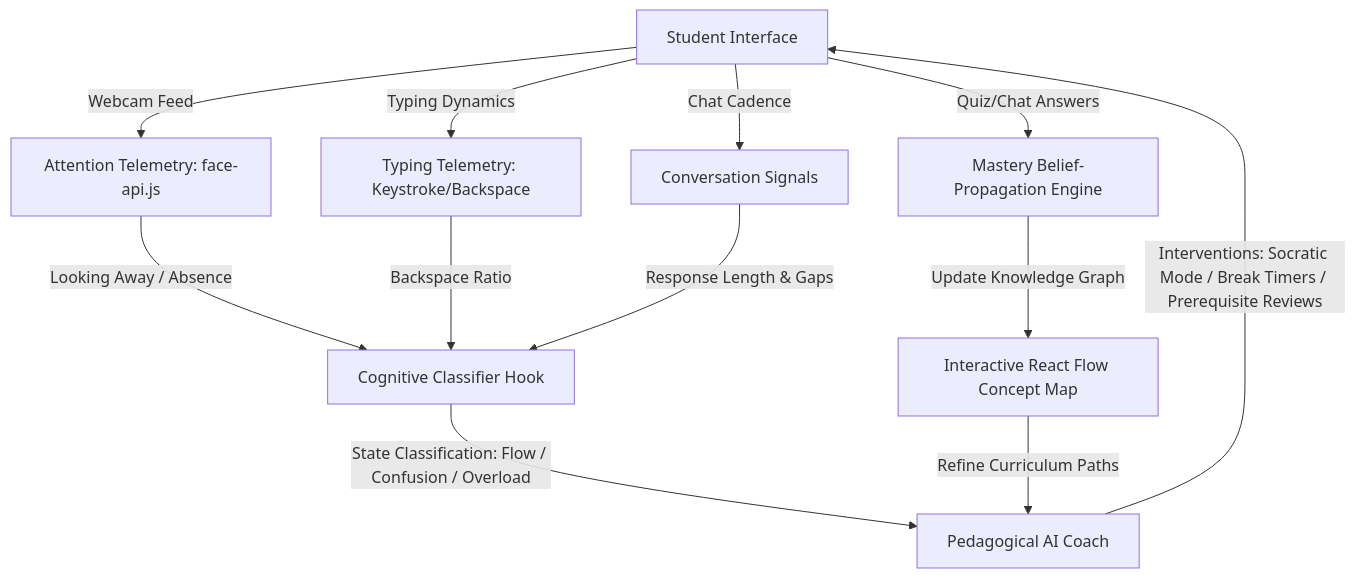
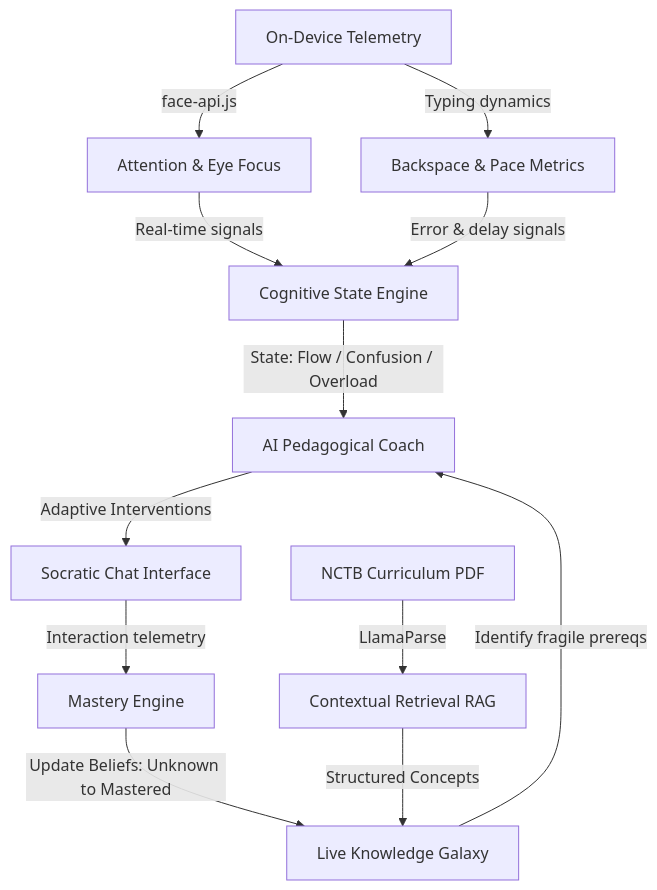
The diagram in README.md (Tony1254-CS/Onudhabon-), drawn with Mermaid before and after one commit. The commit also changed other lines of this file, not shown here.

Commit message:
docs: merge core vision, pedagogy, RAG, and technical stack details into main README

````diff
--- a/README.md
+++ b/README.md
@@ -17,17 +36,23 @@
 ```mermaid
-graph TD
-    A[Student Interface] -->|Webcam Feed| B[Attention Telemetry: face-api.js]
-    A -->|Typing Dynamics| C[Typing Telemetry: Keystroke/Backspace]
-    A -->|Chat Cadence| D[Conversation Signals]
+graph TB
+    %% Student Interface & Telemetry
+    SubTelemetry[On-Device Telemetry] -->|face-api.js| Webcam[Attention & Eye Focus]
+    SubTelemetry -->|Typing dynamics| KeyMetrics[Backspace & Pace Metrics]
     
-    B -->|Looking Away / Absence| E[Cognitive Classifier Hook]
-    C -->|Backspace Ratio| E
-    D -->|Response Length & Gaps| E
+    %% AI Cognitive Loop
+    Webcam -->|Real-time signals| CogEngine[Cognitive State Engine]
+    KeyMetrics -->|Error & delay signals| CogEngine
     
-    E -->|State Classification: Flow / Confusion / Overload| F[Pedagogical AI Coach]
-    F -->|Interventions: Socratic Mode / Break Timers / Prerequisite Reviews| A
+    %% AI Pedagogical Loop
+    CogEngine -->|State: Flow / Confusion / Overload| Coach[AI Pedagogical Coach]
+    Coach -->|Adaptive Interventions| ChatUI[Socratic Chat Interface]
     
-    A -->|Quiz/Chat Answers| G[Mastery Belief-Propagation Engine]
-    G -->|Update Knowledge Graph| H[Interactive React Flow Concept Map]
-    H -->|Refine Curriculum Paths| F
+    %% Knowledge & Mastery Loop
+    ChatUI -->|Interaction telemetry| MasteryEngine[Mastery Engine]
+    MasteryEngine -->|Update Beliefs: Unknown to Mastered| ConceptGraph[Live Knowledge Galaxy]
+    ConceptGraph -->|Identify fragile prereqs| Coach
+    
+    %% NCTB RAG Pipeline
+    Curriculum[NCTB Curriculum PDF] -->|LlamaParse| Extractor[Contextual Retrieval RAG]
+    Extractor -->|Structured Concepts| ConceptGraph
 ```
````
